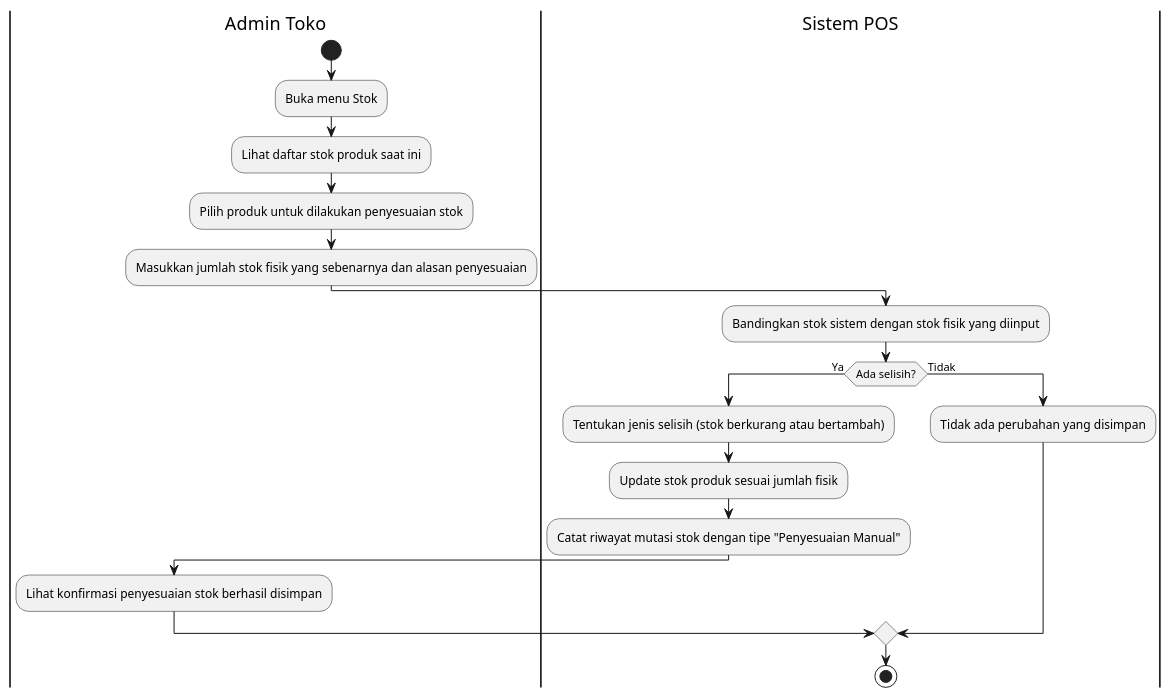
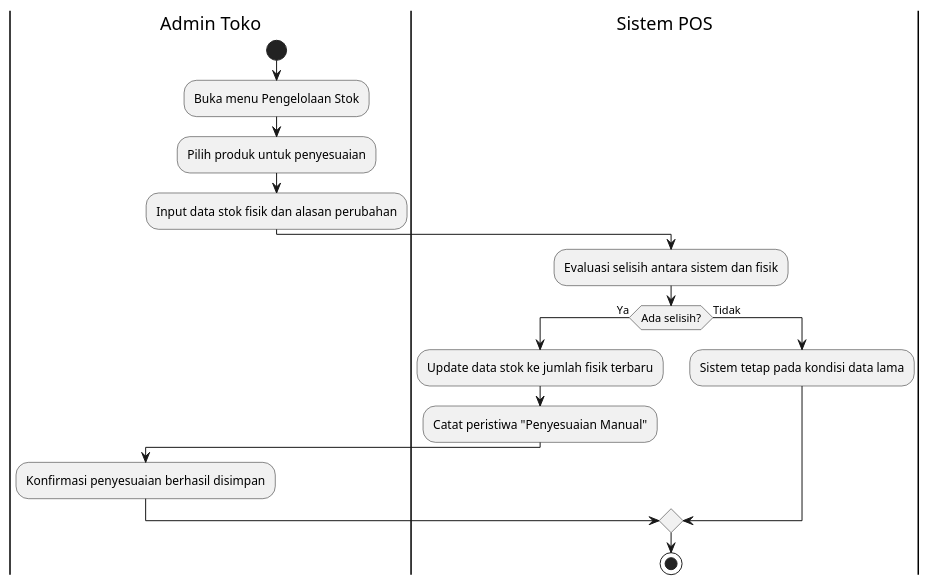
One commit to Aditiarzky/pos-app changed the diagram in docs/uml-activity-stock.puml. Above: the diagram before and after it, drawn with PlantUML. The commit also changed 21 other files, not shown here.

```diff
--- a/docs/uml-activity-stock.puml
+++ b/docs/uml-activity-stock.puml
@@ -1,22 +1,20 @@
 @startuml
 |Admin Toko|
 start
-:Buka menu Stok;
-:Lihat daftar stok produk saat ini;
-:Pilih produk untuk dilakukan penyesuaian stok;
-:Masukkan jumlah stok fisik yang sebenarnya dan alasan penyesuaian;
+:Buka menu Pengelolaan Stok;
+:Pilih produk untuk penyesuaian;
+:Input data stok fisik dan alasan perubahan;
 
 |Sistem POS|
-:Bandingkan stok sistem dengan stok fisik yang diinput;
+:Evaluasi selisih antara sistem dan fisik;
 if (Ada selisih?) then (Ya)
-  :Tentukan jenis selisih (stok berkurang atau bertambah);
-  :Update stok produk sesuai jumlah fisik;
-  :Catat riwayat mutasi stok dengan tipe "Penyesuaian Manual";
+  :Update data stok ke jumlah fisik terbaru;
+  :Catat peristiwa "Penyesuaian Manual";
   |Admin Toko|
-  :Lihat konfirmasi penyesuaian stok berhasil disimpan;
+  :Konfirmasi penyesuaian berhasil disimpan;
 else (Tidak)
   |Sistem POS|
-  :Tidak ada perubahan yang disimpan;
+  :Sistem tetap pada kondisi data lama;
 endif
 stop
 @enduml
```
